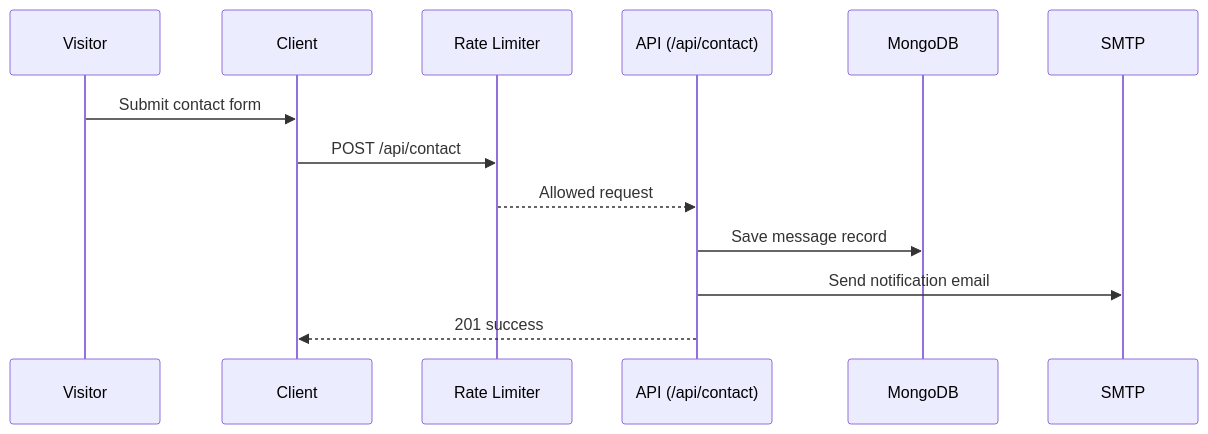
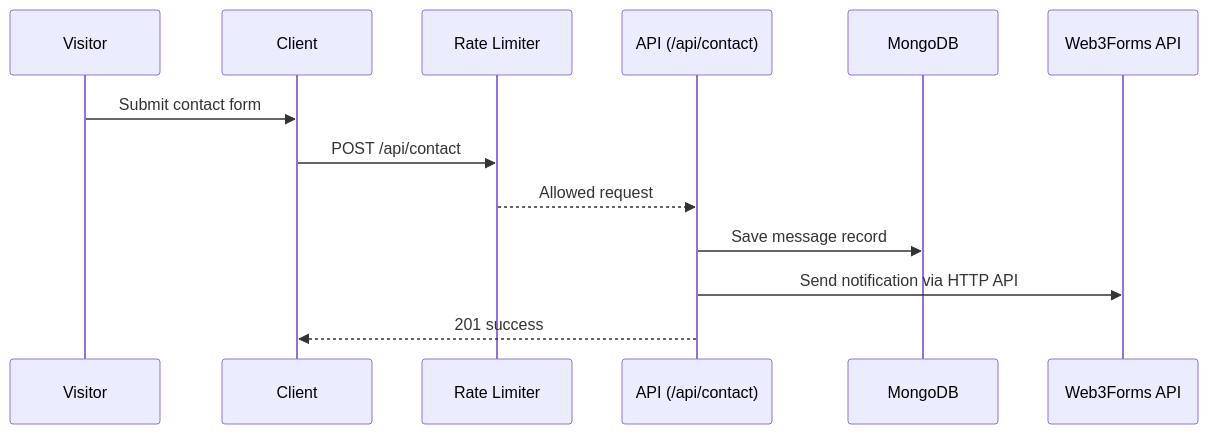
The fourth of 4 diagrams in docs/architecture.md (imsumit28/portfolio-website), drawn with Mermaid before and after one commit. The commit also changed other lines of this file and 9 other files, not shown here.

Commit message:
Harden auth/contact flows, move Web3Forms to backend, and align docs/tests

````diff
--- a/docs/architecture.md
+++ b/docs/architecture.md
@@ -56,16 +56,16 @@
 ```mermaid
 sequenceDiagram
   participant V as Visitor
   participant C as Client
   participant R as Rate Limiter
   participant K as API (/api/contact)
   participant D as MongoDB
-  participant S as SMTP
+  participant S as Web3Forms API
 
   V->>C: Submit contact form
   C->>R: POST /api/contact
   R-->>K: Allowed request
   K->>D: Save message record
-  K->>S: Send notification email
+  K->>S: Send notification via HTTP API
   K-->>C: 201 success
 ```
````
